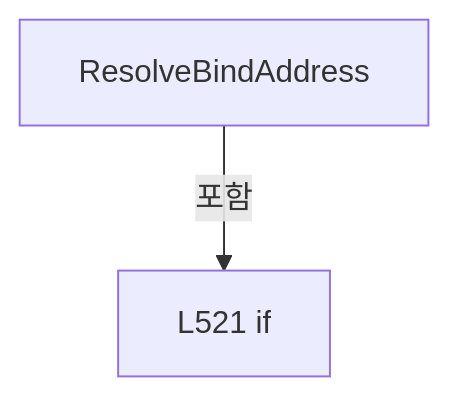
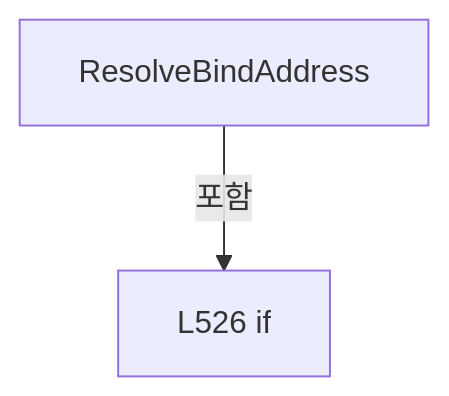
One commit to kjuws10-rgb/Shared changed diagram 20 of 40 in A3 LD Code Ref/files/Drilling.Common/Interface/Vision/CVisionComm.cs.md. Above: the diagram before and after it, drawn with Mermaid. The commit also changed other lines of this file and 2071 other files, not shown here.

Commit message:
docs(a3): update 11.19.0 architecture and code reference

````diff
--- a/A3 LD Code Ref/files/Drilling.Common/Interface/Vision/CVisionComm.cs.md
+++ b/A3 LD Code Ref/files/Drilling.Common/Interface/Vision/CVisionComm.cs.md
@@ -2253,6 +2253,6 @@
 ```mermaid
 flowchart TD
  M["ResolveBindAddress"]
- N0["L521 if"]
+ N0["L526 if"]
  M -->|포함| N0
 ```
````
